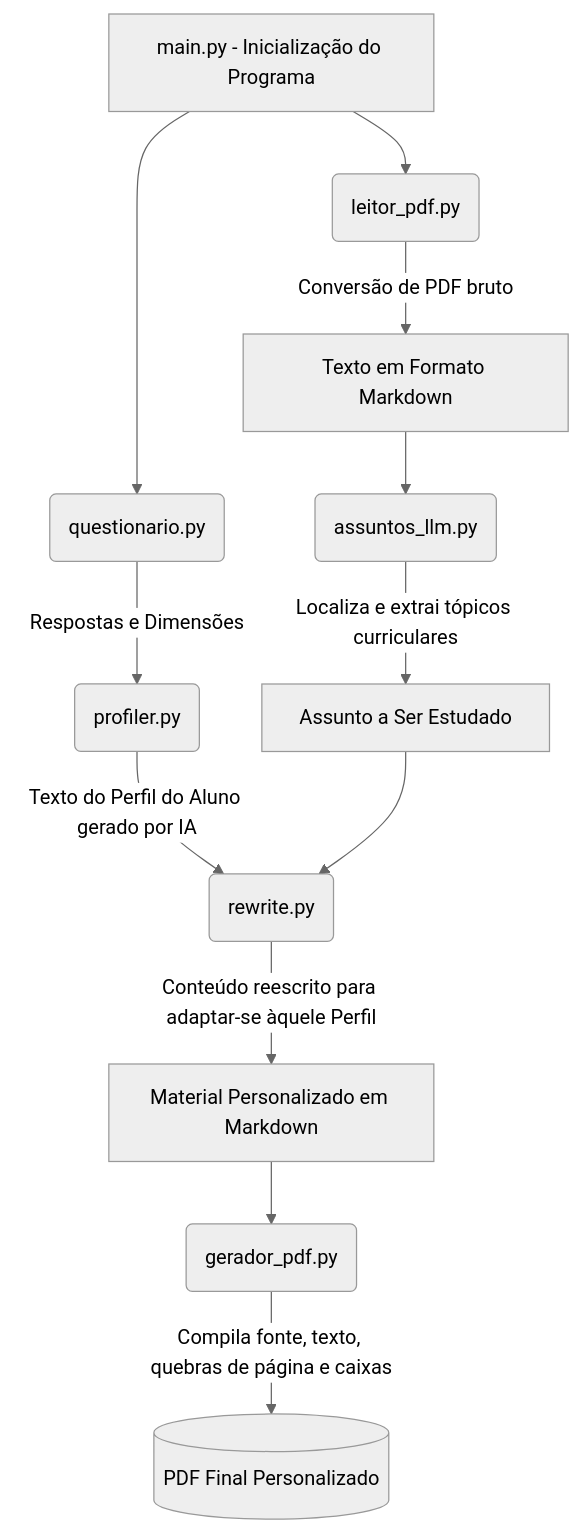
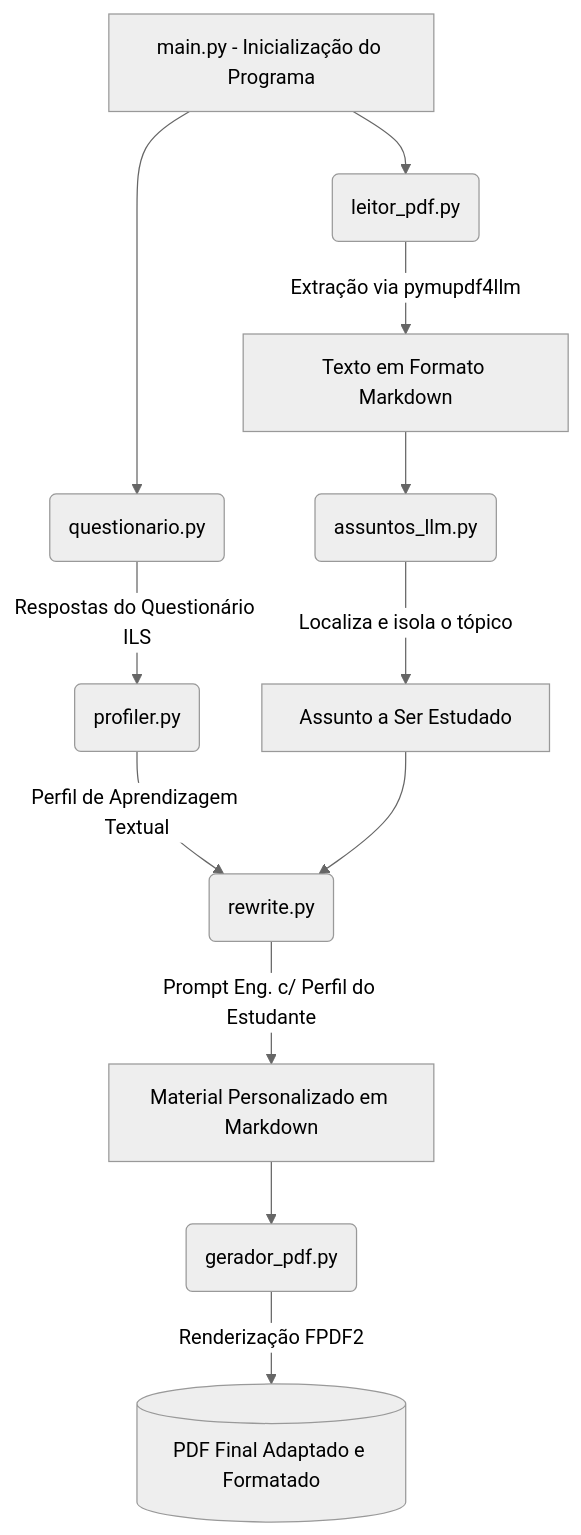
One commit to kristiano/projeto_versao_zero changed the diagram in README.md. Above: the diagram before and after it, drawn with Mermaid (neutral theme). The commit also changed other lines of this file, not shown here.

````diff
--- a/README.md
+++ b/README.md
@@ -54,18 +56,18 @@
 ```mermaid
 graph TD
     A[main.py - Inicialização do Programa] --> B(questionario.py)
-    B -->|Respostas e Dimensões| C(profiler.py)
-    C -->|Texto do Perfil do Aluno gerado por IA| H
+    B -->|Respostas do Questionário ILS| C(profiler.py)
+    C -->|Perfil de Aprendizagem Textual| H
     
     A --> D(leitor_pdf.py)
-    D -->|Conversão de PDF bruto| E[Texto em Formato Markdown]
+    D -->|Extração via pymupdf4llm| E[Texto em Formato Markdown]
     
     E --> F(assuntos_llm.py)
-    F -->|Localiza e extrai tópicos curriculares| G[Assunto a Ser Estudado]
+    F -->|Localiza e isola o tópico| G[Assunto a Ser Estudado]
     
     G --> H(rewrite.py)
-    H -->|Conteúdo reescrito para adaptar-se àquele Perfil| I[Material Personalizado em Markdown]
+    H -->|Prompt Eng. c/ Perfil do Estudante| I[Material Personalizado em Markdown]
     
     I --> J(gerador_pdf.py)
-    J -->|Compila fonte, texto, quebras de página e caixas| K[(PDF Final Personalizado)]
+    J -->|Renderização FPDF2| K[(PDF Final Adaptado e Formatado)]
 ```
````
